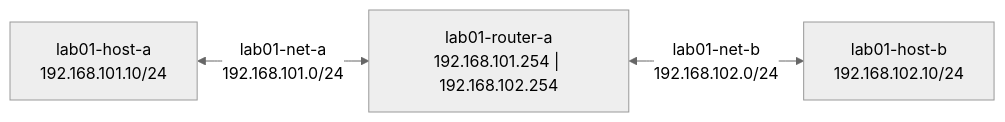
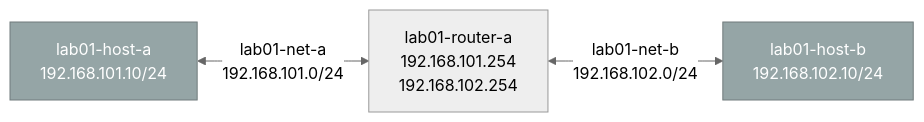
The diagram in lab01-unreachable-network/README.md (jkirklan/bgp-labs), drawn with Mermaid (neutral theme) before and after one commit. The commit also changed 15 other files, not shown here.

First line of the commit message:
docs: Apply mermaid style guide to all lab topology diagrams

````diff
--- a/lab01-unreachable-network/README.md
+++ b/lab01-unreachable-network/README.md
@@ -161,5 +161,13 @@
 ```mermaid
 graph LR
-    A["lab01-host-a<br>192.168.101.10/24"] <-->|"lab01-net-a<br>192.168.101.0/24"| R["lab01-router-a<br>192.168.101.254 | 192.168.102.254"]
-    R <-->|"lab01-net-b<br>192.168.102.0/24"| B["lab01-host-b<br>192.168.102.10/24"]
+    classDef host fill:#95a5a6,color:#fff,stroke:#707b7c
+
+    A["lab01-host-a\n192.168.101.10/24"]
+    R["lab01-router-a\n192.168.101.254\n192.168.102.254"]
+    B["lab01-host-b\n192.168.102.10/24"]
+
+    A <-->|"lab01-net-a\n192.168.101.0/24"| R
+    R <-->|"lab01-net-b\n192.168.102.0/24"| B
+
+    class A,B host
 ```
````
